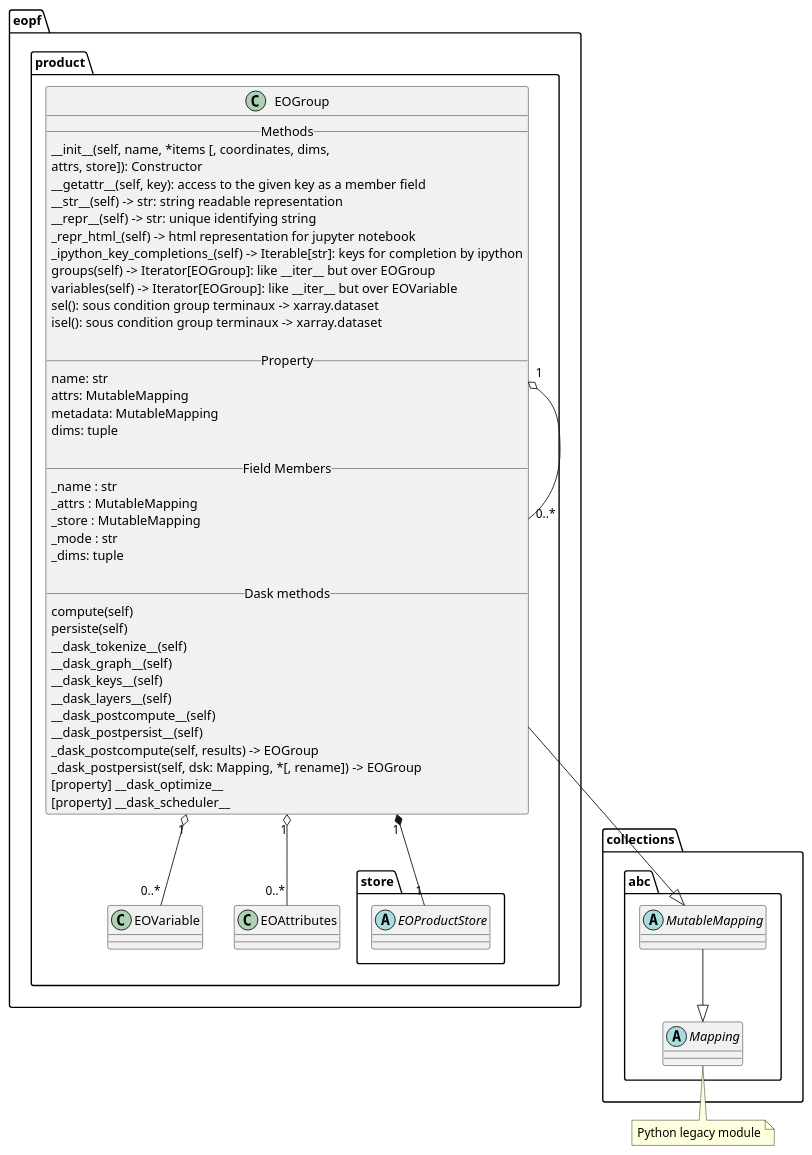
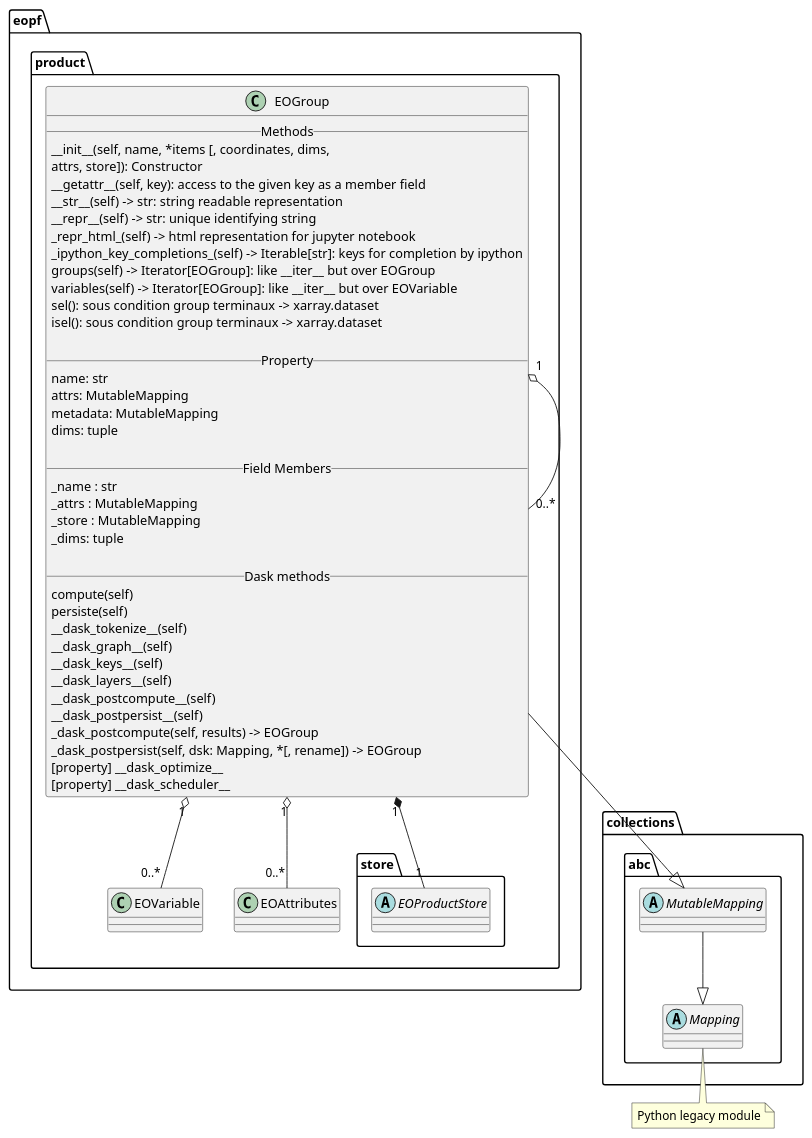
Before and after one commit to CSC-DPR/eopf-cpm: the diagram in docs/plantuml/eopf_product_eogroup.puml, drawn with PlantUML. The commit also changed 2 other files, not shown here.

Commit message:
fix: plantuml design for eoproductstore

```diff
--- a/docs/plantuml/eopf_product_eogroup.puml
+++ b/docs/plantuml/eopf_product_eogroup.puml
@@ -1,73 +1,70 @@
 @startuml
 package "eopf.product" {
 
     class EOGroup {
         __ Methods __
         __init__(self, name, *items [, coordinates, dims,
             attrs, store]): Constructor
         __getattr__(self, key): access to the given key as a member field
         __str__(self) -> str: string readable representation
         __repr__(self) -> str: unique identifying string
         _repr_html_(self) -> html representation for jupyter notebook
         _ipython_key_completions_(self) -> Iterable[str]: keys for completion by ipython
         groups(self) -> Iterator[EOGroup]: like __iter__ but over EOGroup
         variables(self) -> Iterator[EOGroup]: like __iter__ but over EOVariable
         sel(): sous condition group terminaux -> xarray.dataset
         isel(): sous condition group terminaux -> xarray.dataset
 
         __ Property __
         name: str
         attrs: MutableMapping
         metadata: MutableMapping
         dims: tuple
 
         __ Field Members __
         _name : str
         _attrs : MutableMapping
         _store : MutableMapping
-        ' reading/writing mode
-        _mode : str
-        ' json description of the product structure : chunk, locked chunk , dimensions
         _dims: tuple
 
         __ Dask methods __
         compute(self)
         persiste(self)
         __dask_tokenize__(self)
         __dask_graph__(self)
         __dask_keys__(self)
         __dask_layers__(self)
         __dask_postcompute__(self)
         __dask_postpersist__(self)
         _dask_postcompute(self, results) -> EOGroup
         _dask_postpersist(self, dsk: Mapping, *[, rename]) -> EOGroup
         [property] __dask_optimize__
         [property] __dask_scheduler__
     }
 
     class EOVariable
 
     package store
     {
         ' inspired by fsspec.spec.AbstractFileSystem
         abstract EOProductStore
     }
 
     EOGroup "1" o-- "0..*" EOVariable
     EOGroup "1" o-- "0..*" EOGroup
     EOGroup "1" o-- "0..*" EOAttributes
 
     EOGroup "1" *-- "1" EOProductStore
 
 }
 
 package collections.abc {
     abstract MutableMapping
     abstract Mapping
     MutableMapping --|> Mapping
 }
 note bottom: Python legacy module
 
 EOGroup --|> MutableMapping
 
 @enduml
```
